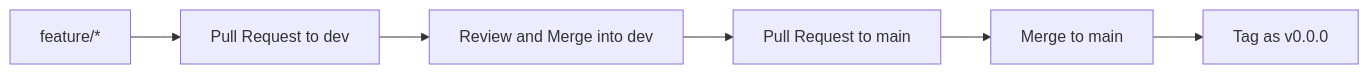
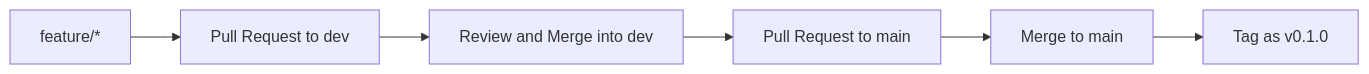
Before and after one commit to Anuj-Patiyal/hybrid-framework: the third of 3 diagrams in README.md, drawn with Mermaid. The commit also changed other lines of this file and 5 other files, not shown here.

````diff
--- a/README.md
+++ b/README.md
@@ -178,8 +178,8 @@
 ```mermaid
 graph LR
 A[feature/*] --> B[Pull Request to dev]
 B --> C[Review and Merge into dev]
 C --> D[Pull Request to main]
 D --> E[Merge to main]
-E --> F[Tag as v0.0.0]
+E --> F[Tag as v0.1.0]
 ```
````
